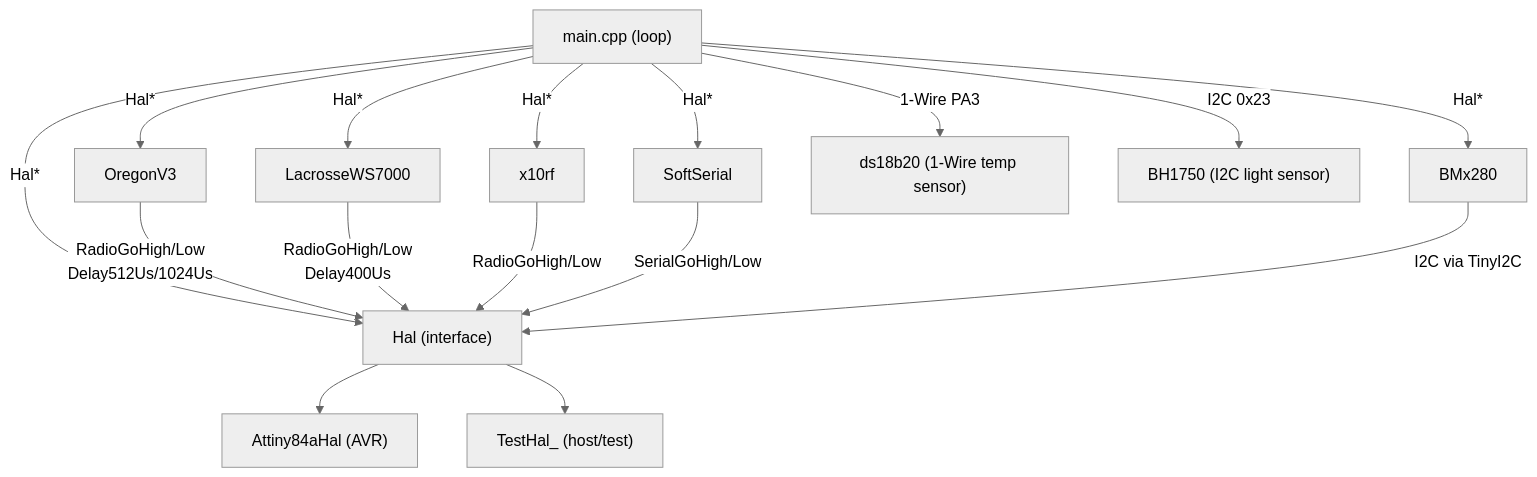
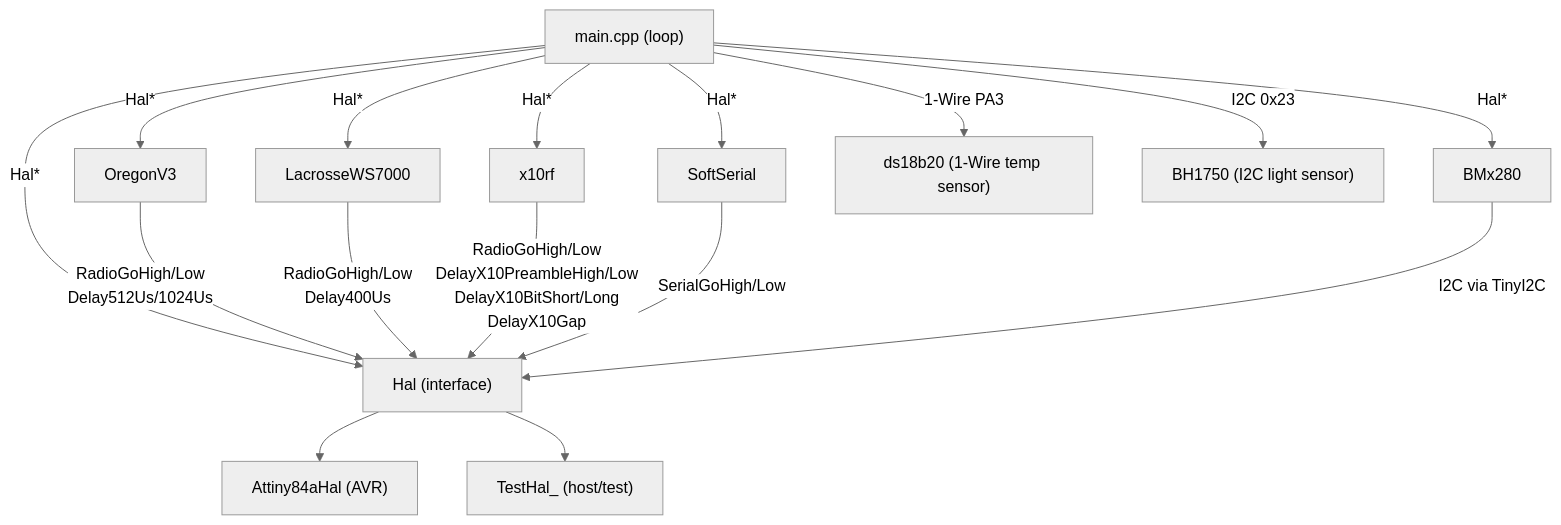
The diagram in docs/architecture.md (arcadien/tinySensor), drawn with Mermaid (neutral theme) before and after one commit. The commit also changed other lines of this file, not shown here.

Commit message:
arch(TECH-X10-001): declare X10 timing HAL methods in architecture

````diff
--- a/docs/architecture.md
+++ b/docs/architecture.md
@@ -7,20 +7,20 @@
 ```mermaid
 graph TD
   main["main.cpp (loop)"] -->|Hal*| HAL
   main -->|Hal*| OregonV3
   main -->|Hal*| LacrosseWS7000
   main -->|Hal*| x10rf
   main -->|Hal*| BMx280
   main -->|Hal*| SoftSerial
   main -->|"1-Wire PA3"| ds18b20["ds18b20 (1-Wire temp sensor)"]
   main -->|"I2C 0x23"| BH1750["BH1750 (I2C light sensor)"]
 
   HAL["Hal (interface)"] --> Attiny84aHal["Attiny84aHal (AVR)"]
   HAL --> TestHal["TestHal_ (host/test)"]
 
   OregonV3 -->|RadioGoHigh/Low\nDelay512Us/1024Us| HAL
   LacrosseWS7000 -->|RadioGoHigh/Low\nDelay400Us| HAL
-  x10rf -->|RadioGoHigh/Low| HAL
+  x10rf -->|"RadioGoHigh/Low\nDelayX10PreambleHigh/Low\nDelayX10BitShort/Long\nDelayX10Gap"| HAL
   SoftSerial -->|SerialGoHigh/Low| HAL
   BMx280 -->|I2C via TinyI2C| HAL
 ```
````
